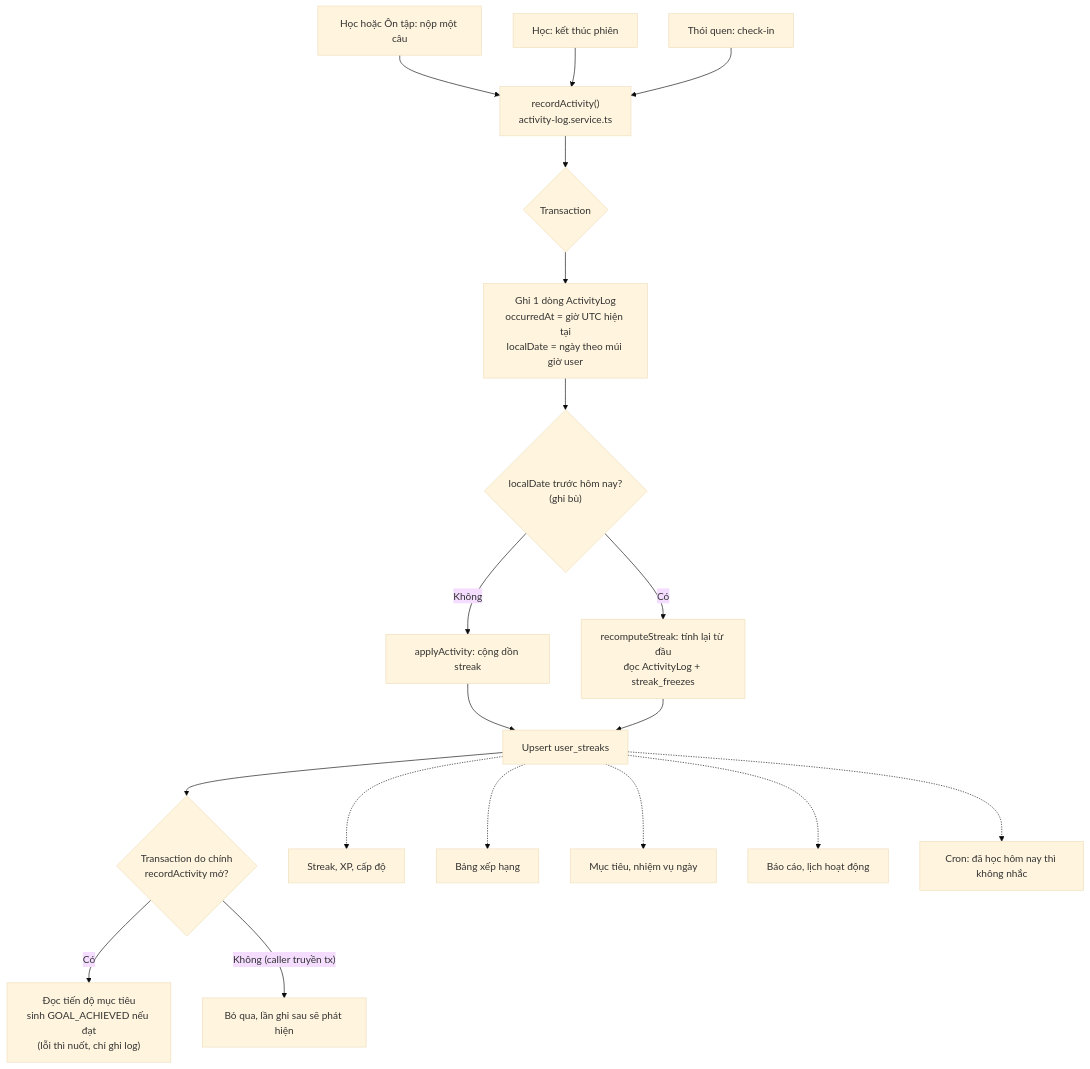
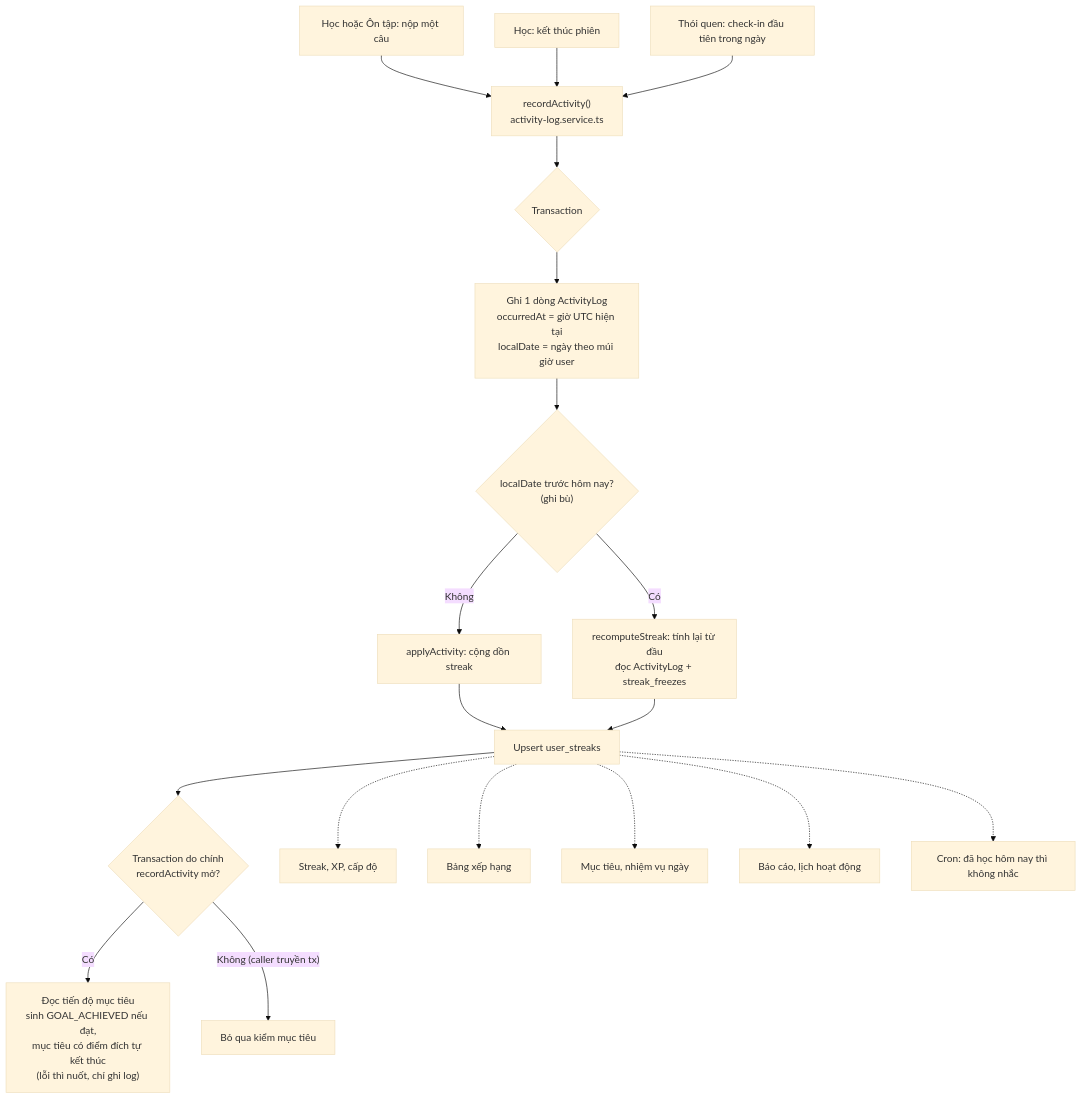
Before and after one commit to brannthichmeo-create/enghabit: the eighth of 22 diagrams in docs/chuc-nang-va-luong-nghiep-vu.md, drawn with Mermaid (base theme). The commit also changed other lines of this file and 19 other files, not shown here.

First line of the commit message:
Taillieu_Docs-LogicNghiepVu+Docs-PhanTich_CapNhatTheoCode_Thêm tài liệu logic nghiệp vụ từng module và cập nhật theo mục tiêu, thói quen, đăng nhập, nhật ký thao tác

````diff
--- a/docs/chuc-nang-va-luong-nghiep-vu.md
+++ b/docs/chuc-nang-va-luong-nghiep-vu.md
@@ -651,22 +724,22 @@
 ```mermaid
 flowchart TD
     A["Học hoặc Ôn tập: nộp một câu"] --> F
     B["Học: kết thúc phiên"] --> F
-    C["Thói quen: check-in"] --> F
+    C["Thói quen: check-in đầu tiên trong ngày"] --> F
     F["recordActivity()<br/>activity-log.service.ts"] --> T{"Transaction"}
     T --> W["Ghi 1 dòng ActivityLog<br/>occurredAt = giờ UTC hiện tại<br/>localDate = ngày theo múi giờ user"]
     W --> D{"localDate trước hôm nay?<br/>(ghi bù)"}
     D -- "Không" --> U["applyActivity: cộng dồn streak"]
     D -- "Có" --> R["recomputeStreak: tính lại từ đầu<br/>đọc ActivityLog + streak_freezes"]
     U --> S["Upsert user_streaks"]
     R --> S
     S --> K{"Transaction do chính<br/>recordActivity mở?"}
-    K -- "Có" --> G["Đọc tiến độ mục tiêu<br/>sinh GOAL_ACHIEVED nếu đạt<br/>(lỗi thì nuốt, chỉ ghi log)"]
-    K -- "Không (caller truyền tx)" --> X["Bỏ qua, lần ghi sau sẽ phát hiện"]
+    K -- "Có" --> G["Đọc tiến độ mục tiêu<br/>sinh GOAL_ACHIEVED nếu đạt,<br/>mục tiêu có điểm đích tự kết thúc<br/>(lỗi thì nuốt, chỉ ghi log)"]
+    K -- "Không (caller truyền tx)" --> X["Bỏ qua kiểm mục tiêu"]
 
     S -.-> O1["Streak, XP, cấp độ"]
     S -.-> O2["Bảng xếp hạng"]
     S -.-> O3["Mục tiêu, nhiệm vụ ngày"]
     S -.-> O4["Báo cáo, lịch hoạt động"]
     S -.-> O5["Cron: đã học hôm nay thì không nhắc"]
 ```
````
